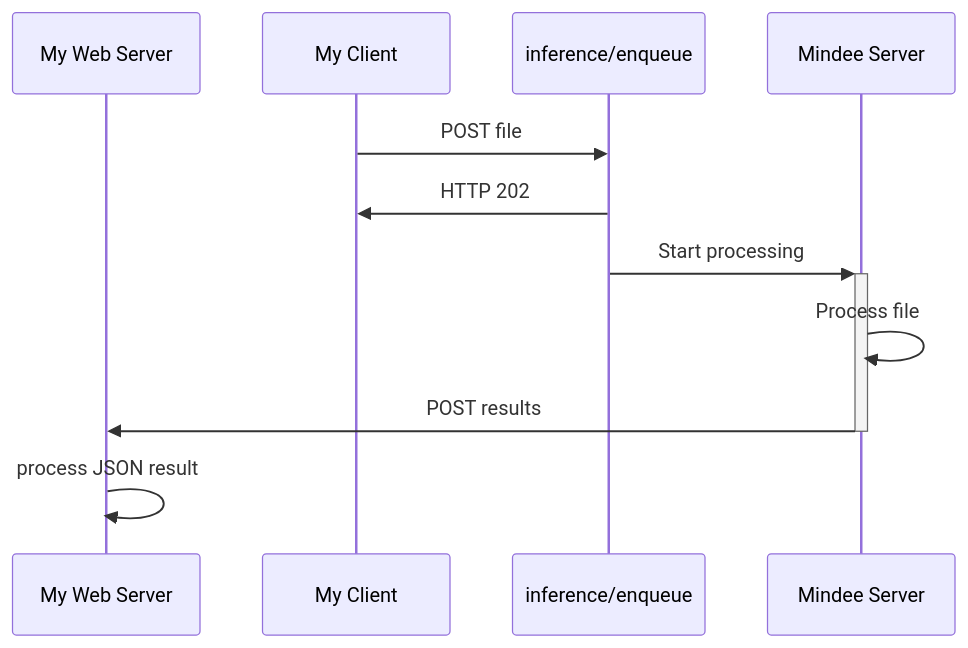
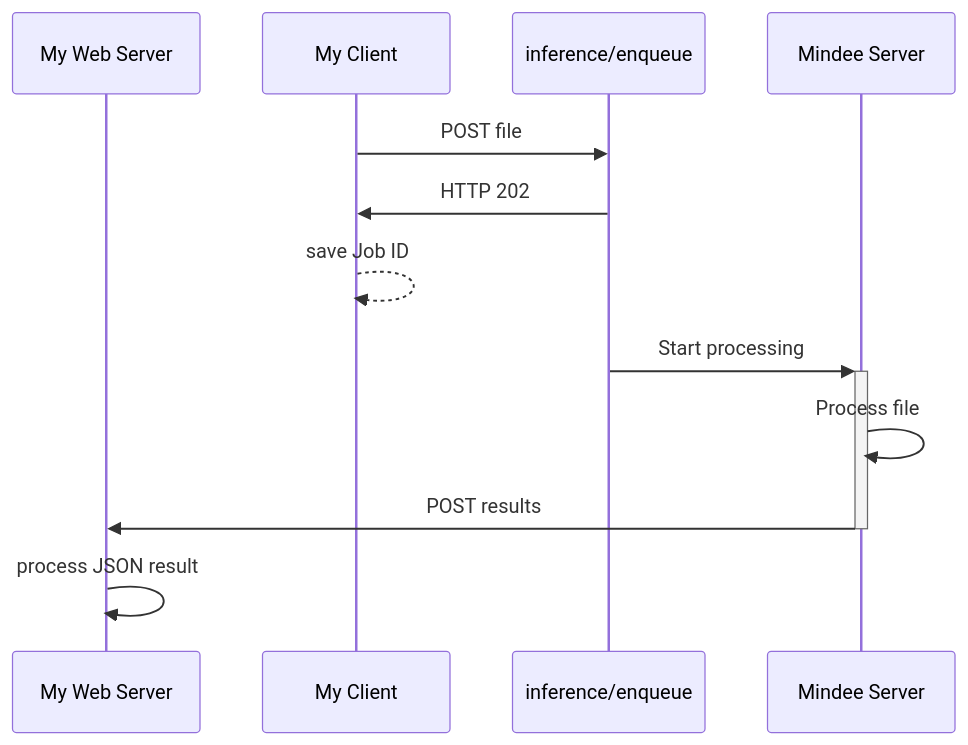
The diagram in integrations/webhooks.md (mindee/platform-docs), drawn with Mermaid before and after one commit.

Commit message:
GITBOOK-390: No subject

````diff
--- a/integrations/webhooks.md
+++ b/integrations/webhooks.md
@@ -31,13 +31,14 @@
 ```mermaid
 sequenceDiagram
     participant clientsrv as My Web Server
     participant client as My Client
     participant enqueue as inference/enqueue
     participant srv as Mindee Server
     client->>enqueue: POST file
     enqueue->>client: HTTP 202
+    client-->>client: save Job ID
     enqueue->>+srv: Start processing
     srv->>srv: Process file
     srv->>-clientsrv: POST results
     clientsrv->>clientsrv: process JSON result
 ```
````
